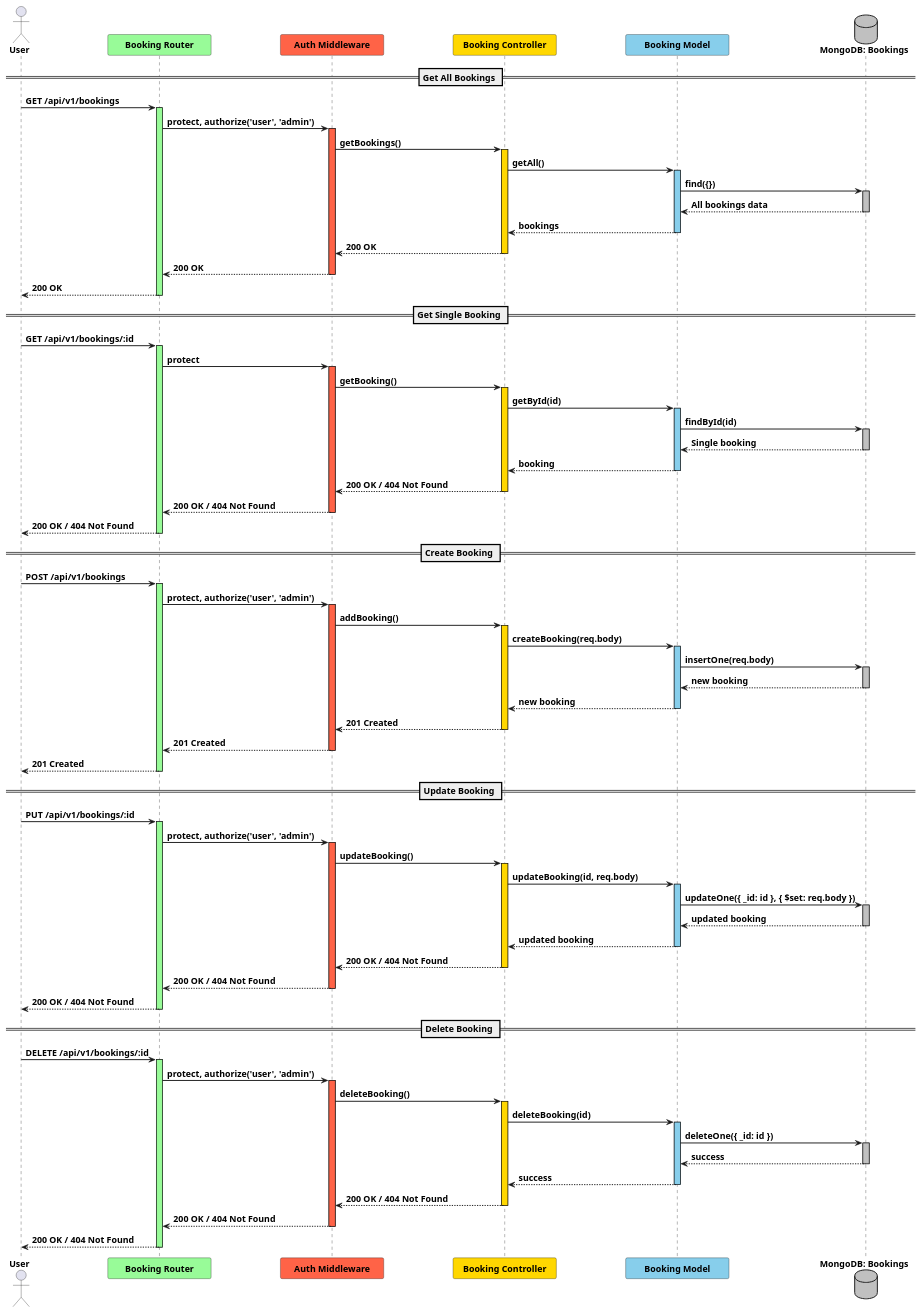
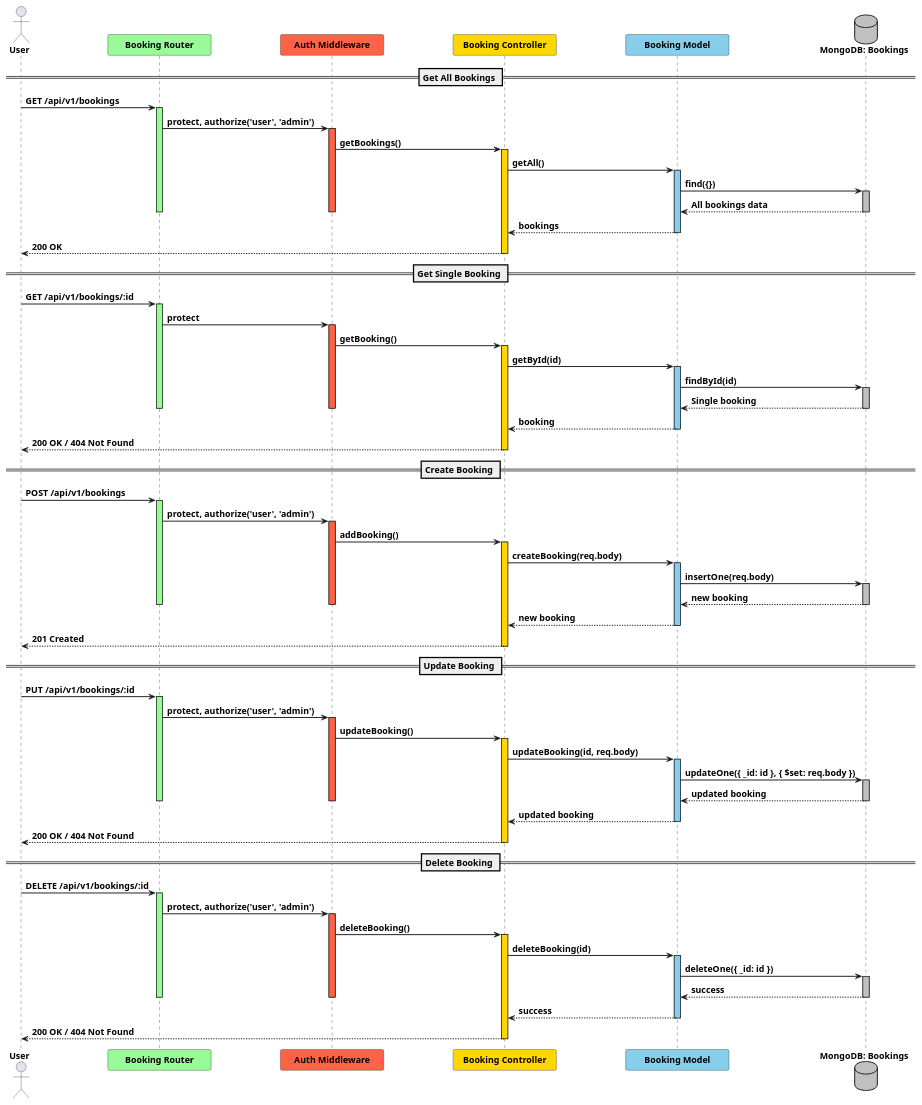
The diagram in PlantUML/sequanceBooking.puml (idknowwhy123/BackendDev-Project), drawn with PlantUML before and after one commit. The commit also changed 5 other files, not shown here.

Commit message:
edit PlantUML

```diff
--- a/PlantUML/sequanceBooking.puml
+++ b/PlantUML/sequanceBooking.puml
@@ -1,130 +1,125 @@
 @startuml BookingAPI
 
 skinparam {
     defaultFontName Arial
     defaultFontSize 14
     shadowing false
     componentStyle uml2
     MinClassWidth 150
     ParticipantPadding 50
     ArrowThickness 1.5
 }
 
 actor "**User**" as User
 participant "**Booking Router**" as BR     #98FB98
 participant "**Auth Middleware**" as AM   #FF6347
 participant "**Booking Controller**" as BC #FFD700
 participant "**Booking Model**" as BM       #87CEEB
 database "**MongoDB: Bookings**" as DB #C0C0C0
 
 == Get All Bookings ==
 User -> BR : **GET /api/v1/bookings**
 activate BR #98FB98
 BR -> AM : **protect, authorize('user', 'admin')**
 activate AM #FF6347
 AM -> BC : **getBookings()**
 activate BC #FFD700
 BC -> BM : **getAll()**
 activate BM #87CEEB
 BM -> DB : **find({})**
 activate DB #C0C0C0
 DB --> BM : **All bookings data**
 deactivate DB
+deactivate AM
+deactivate BR
 BM --> BC : **bookings**
 deactivate BM
-BC --> AM : **200 OK**
+BC --> User : **200 OK**
 deactivate BC
-AM --> BR : **200 OK**
-deactivate AM
-BR --> User : **200 OK**
-deactivate BR
+
 
 == Get Single Booking ==
 User -> BR : **GET /api/v1/bookings/:id**
 activate BR #98FB98
 BR -> AM : **protect**
 activate AM #FF6347
 AM -> BC : **getBooking()**
 activate BC #FFD700
 BC -> BM : **getById(id)**
 activate BM #87CEEB
 BM -> DB : **findById(id)**
 activate DB #C0C0C0
 DB --> BM : **Single booking**
 deactivate DB
+deactivate AM
+deactivate BR
 BM --> BC : **booking**
 deactivate BM
-BC --> AM : **200 OK / 404 Not Found**
+BC --> User : **200 OK / 404 Not Found**
 deactivate BC
-AM --> BR : **200 OK / 404 Not Found**
-deactivate AM
-BR --> User : **200 OK / 404 Not Found**
-deactivate BR
+
 
 == Create Booking ==
 User -> BR : **POST /api/v1/bookings**
 activate BR #98FB98
 BR -> AM : **protect, authorize('user', 'admin')**
 activate AM #FF6347
 AM -> BC : **addBooking()**
 activate BC #FFD700
 BC -> BM : **createBooking(req.body)**
 activate BM #87CEEB
 BM -> DB : **insertOne(req.body)**
 activate DB #C0C0C0
 DB --> BM : **new booking**
 deactivate DB
+deactivate AM
+deactivate BR
 BM --> BC : **new booking**
 deactivate BM
-BC --> AM : **201 Created**
+BC --> User : **201 Created**
 deactivate BC
-AM --> BR : **201 Created**
-deactivate AM
-BR --> User : **201 Created**
-deactivate BR
+
 
 == Update Booking ==
 User -> BR : **PUT /api/v1/bookings/:id**
 activate BR #98FB98
 BR -> AM : **protect, authorize('user', 'admin')**
 activate AM #FF6347
 AM -> BC : **updateBooking()**
 activate BC #FFD700
 BC -> BM : **updateBooking(id, req.body)**
 activate BM #87CEEB
 BM -> DB : **updateOne({ _id: id }, { $set: req.body })**
 activate DB #C0C0C0
 DB --> BM : **updated booking**
 deactivate DB
+deactivate AM
+deactivate BR
 BM --> BC : **updated booking**
 deactivate BM
-BC --> AM : **200 OK / 404 Not Found**
+BC --> User : **200 OK / 404 Not Found**
 deactivate BC
-AM --> BR : **200 OK / 404 Not Found**
-deactivate AM
-BR --> User : **200 OK / 404 Not Found**
-deactivate BR
+
 
 == Delete Booking ==
 User -> BR : **DELETE /api/v1/bookings/:id**
 activate BR #98FB98
 BR -> AM : **protect, authorize('user', 'admin')**
 activate AM #FF6347
 AM -> BC : **deleteBooking()**
 activate BC #FFD700
 BC -> BM : **deleteBooking(id)**
 activate BM #87CEEB
 BM -> DB : **deleteOne({ _id: id })**
 activate DB #C0C0C0
 DB --> BM : **success**
 deactivate DB
+deactivate AM
+deactivate BR
 BM --> BC : **success**
 deactivate BM
-BC --> AM : **200 OK / 404 Not Found**
+BC --> User : **200 OK / 404 Not Found**
 deactivate BC
-AM --> BR : **200 OK / 404 Not Found**
-deactivate AM
-BR --> User : **200 OK / 404 Not Found**
-deactivate BR
+
 
 @enduml
```
